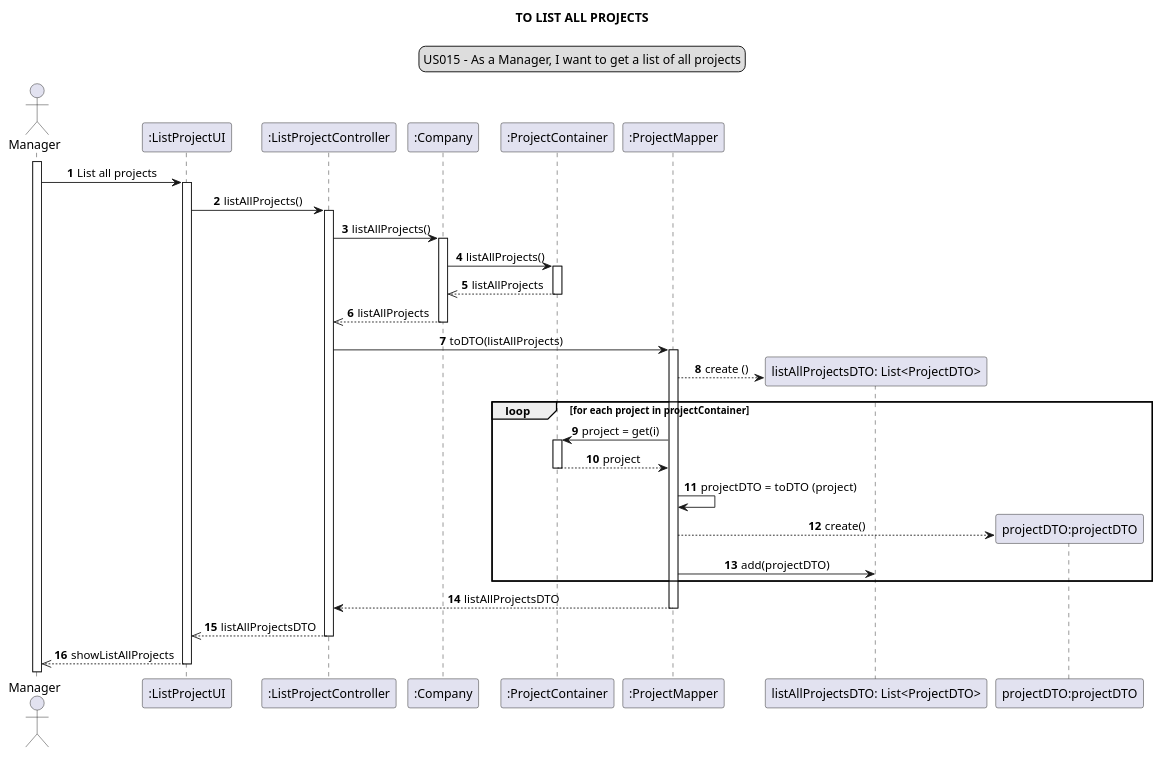
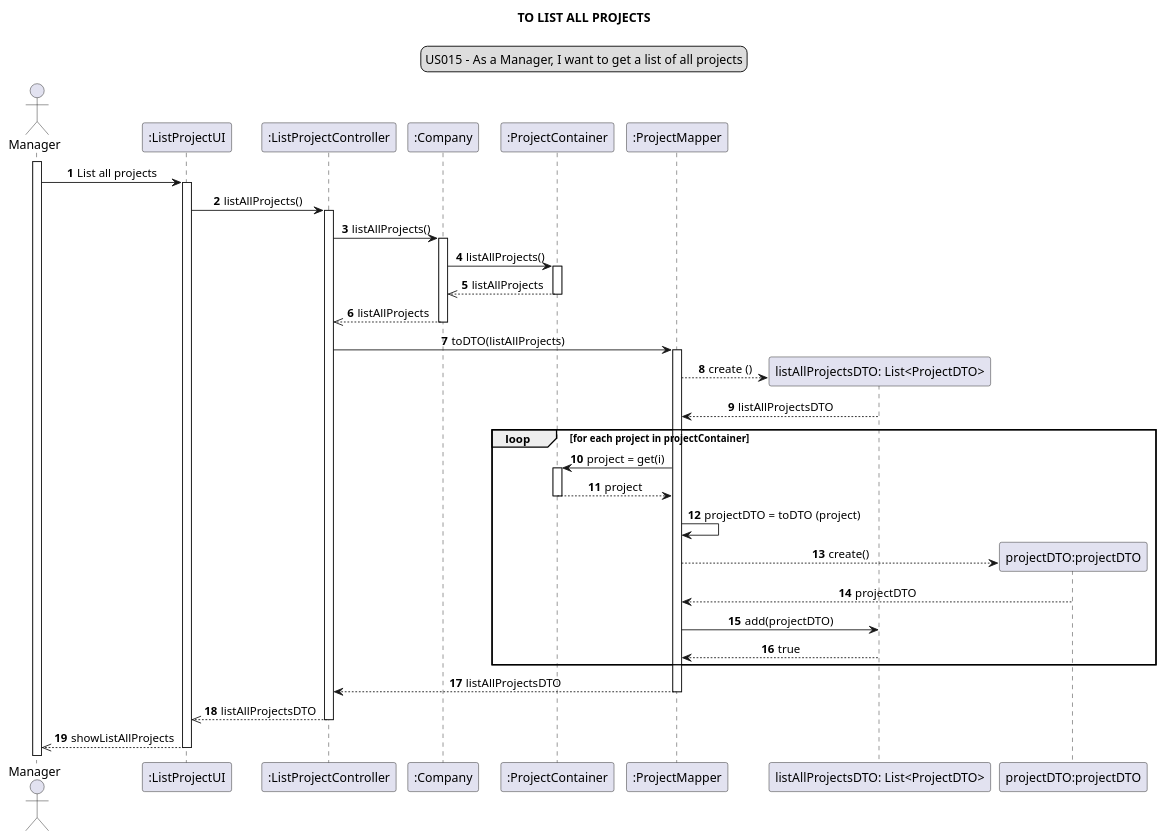
Before and after one commit to Loracline/project_switch_22-23: the diagram in docs/modelling_design/user_stories/us015/US015_sequenceDiagram.puml, drawn with PlantUML.

Commit message:
US015:Design: refactor of sequenceDiagram, addition of return messages

```diff
--- a/docs/modelling_design/user_stories/us015/US015_sequenceDiagram.puml
+++ b/docs/modelling_design/user_stories/us015/US015_sequenceDiagram.puml
@@ -1,49 +1,52 @@
 @startuml
 skinparam sequenceMessageAlign center
 title TO LIST ALL PROJECTS
 legend top
 US015 - As a Manager, I want to get a list of all projects
 end legend
 autonumber
 actor Manager
 participant ":ListProjectUI" as ui
 participant ":ListProjectController" as controller
 participant ":Company" as company
 participant ":ProjectContainer" as container
 participant ":ProjectMapper" as mapper
 participant "listAllProjectsDTO: List<ProjectDTO>" as list
 participant "projectDTO:projectDTO" as DTO
 activate Manager
 Manager -> ui: List all projects
 activate ui
 ui -> controller: listAllProjects()
 activate controller
 controller -> company: listAllProjects()
 activate company
 company -> container: listAllProjects()
 activate container
 container -->> company: listAllProjects
 deactivate container
 company -->> controller: listAllProjects
 deactivate company
 controller -> mapper: toDTO(listAllProjects)
 activate mapper
 create list
 mapper --> list: create ()
+list --> mapper: listAllProjectsDTO
 loop for each project in projectContainer
 mapper -> container: project = get(i)
 activate container
 container --> mapper: project
 deactivate container
 mapper -> mapper : projectDTO = toDTO (project)
 create DTO
 mapper --> DTO : create()
+DTO --> mapper : projectDTO
 mapper ->list :add(projectDTO)
+list --> mapper : true
 end loop
 mapper --> controller :listAllProjectsDTO
 deactivate mapper
 controller -->> ui: listAllProjectsDTO
 deactivate controller
 ui -->>Manager: showListAllProjects
 deactivate ui
 @enduml
```
